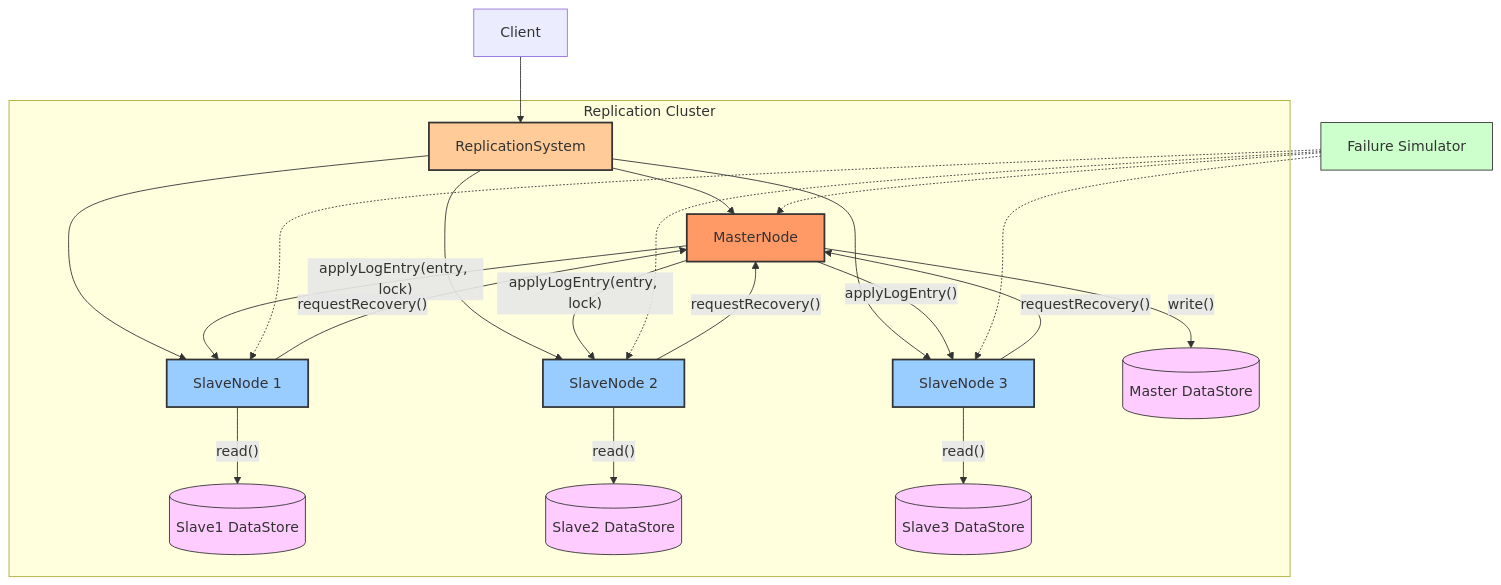
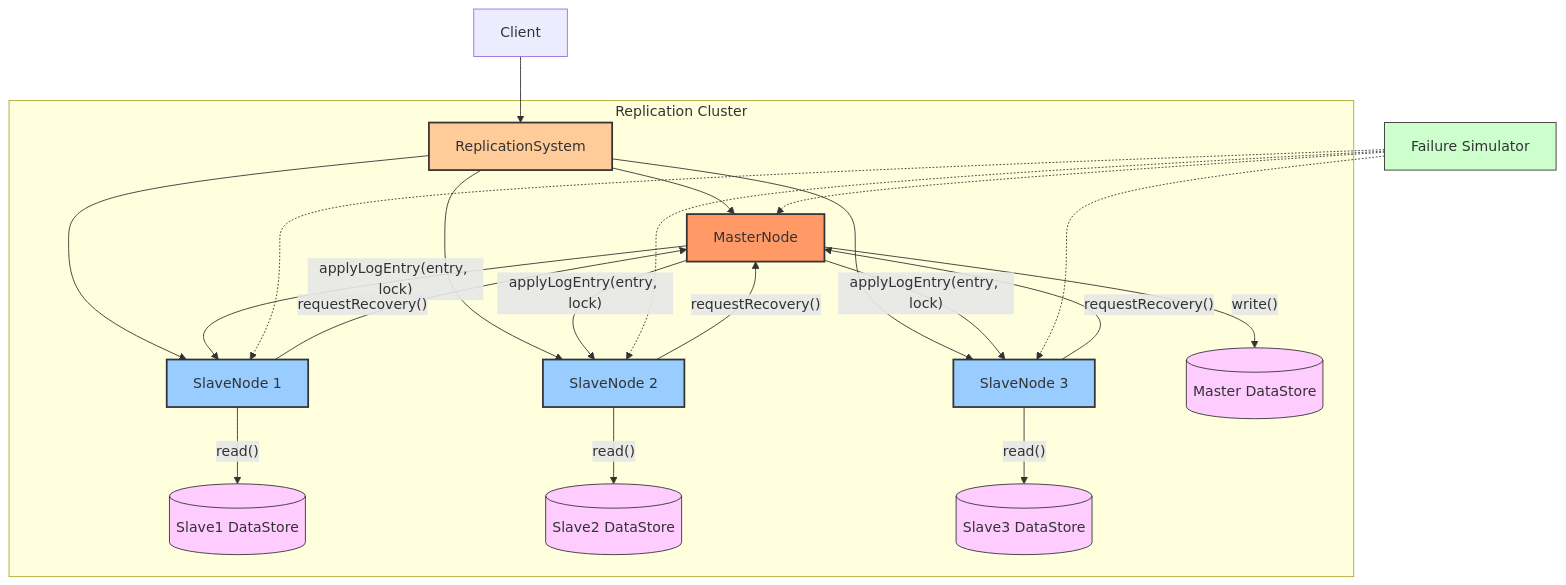
One commit to billycychan/master-slave-replication-java changed the sixth of 6 diagrams in diagrams.md. Above: the diagram before and after it, drawn with Mermaid.

Commit message:
fix: updated applyLogEntry(entry, lock) for S3

````diff
--- a/diagrams.md
+++ b/diagrams.md
@@ -200,41 +200,41 @@
 ```mermaid
 flowchart TD
     Client[Client] --> RS[ReplicationSystem]
     
     subgraph Replication Cluster
         RS --> M[MasterNode]
         RS --> S1[SlaveNode 1]
         RS --> S2[SlaveNode 2] 
         RS --> S3[SlaveNode 3]
         
         M -- "write()" --> M_DS[(Master DataStore)]
         M -- "applyLogEntry(entry, lock)" --> S1
         M -- "applyLogEntry(entry, lock)" --> S2
-        M -- "applyLogEntry()" --> S3
+        M -- "applyLogEntry(entry, lock)" --> S3
         
         S1 -- "read()" --> S1_DS[(Slave1 DataStore)]
         S2 -- "read()" --> S2_DS[(Slave2 DataStore)]
         S3 -- "read()" --> S3_DS[(Slave3 DataStore)]
         
         S1 -- "requestRecovery()" --> M
         S2 -- "requestRecovery()" --> M
         S3 -- "requestRecovery()" --> M
     end
     
     FS[Failure Simulator] -.-> M
     FS -.-> S1
     FS -.-> S2
     FS -.-> S3
     
     classDef master fill:#f96,stroke:#333,stroke-width:2px;
     classDef slave fill:#9cf,stroke:#333,stroke-width:2px;
     classDef system fill:#fc9,stroke:#333,stroke-width:2px;
     classDef datastore fill:#fcf,stroke:#333,stroke-width:1px;
     classDef simulator fill:#cfc,stroke:#333,stroke-width:1px;
     
     class M master;
     class S1,S2,S3 slave;
     class RS system;
     class M_DS,S1_DS,S2_DS,S3_DS datastore;
     class FS simulator;
 ```
````
